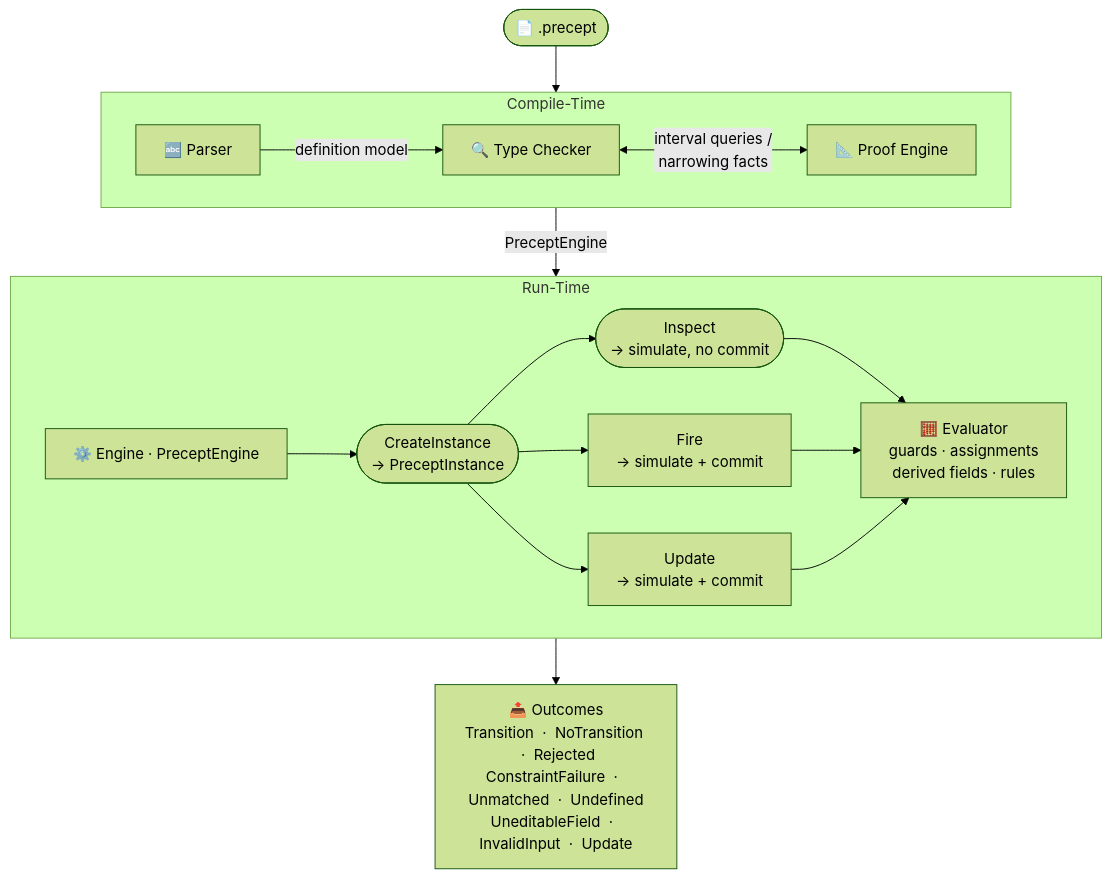
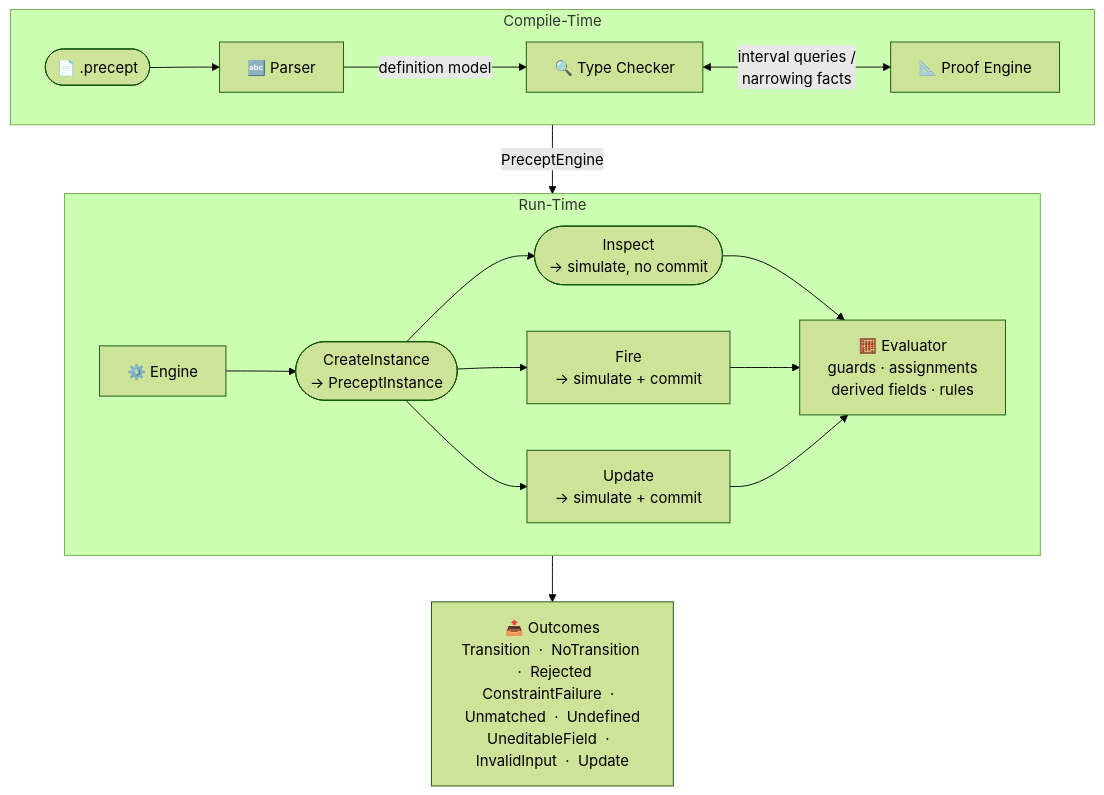
Before and after one commit to sfalik/Precept: the diagram in docs/ArchitectureDesign.md, drawn with Mermaid (forest theme).

Commit message:
docs: use subgraph-to-subgraph edge CT->RT to force vertical stacking

````diff
--- a/docs/ArchitectureDesign.md
+++ b/docs/ArchitectureDesign.md
@@ -21,33 +21,30 @@
 ```mermaid
 flowchart TD
-    src(["📄 .precept"])
-
     subgraph CT["Compile-Time"]
         direction LR
-        P["🔤 Parser"] -->|definition model| TC["🔍 Type Checker"]
+        src(["📄 .precept"]) --> P["🔤 Parser"] -->|definition model| TC["🔍 Type Checker"]
         TC <-->|interval queries /\nnarrowing facts| PE["📐 Proof Engine"]
     end
 
     subgraph RT["Run-Time"]
         direction LR
-        ENG["⚙️ Engine  ·  PreceptEngine"]
+        ENG["⚙️ Engine"]
         I1(["CreateInstance\n→ PreceptInstance"])
         I2(["Inspect\n→ simulate, no commit"])
         FIRE["Fire\n→ simulate + commit"]
         UPD["Update\n→ simulate + commit"]
         EVAL["🧮 Evaluator\nguards · assignments\nderived fields · rules"]
         ENG --> I1
         I1 --> I2
         I1 --> FIRE
         I1 --> UPD
         I2 --> EVAL
         FIRE --> EVAL
         UPD --> EVAL
     end
 
     OUT["📤 Outcomes\nTransition  ·  NoTransition  ·  Rejected\nConstraintFailure  ·  Unmatched  ·  Undefined\nUneditableField  ·  InvalidInput  ·  Update"]
 
-    src --> P
-    TC -->|PreceptEngine| ENG
+    CT -->|PreceptEngine| RT
     EVAL --> OUT
 ```
````
